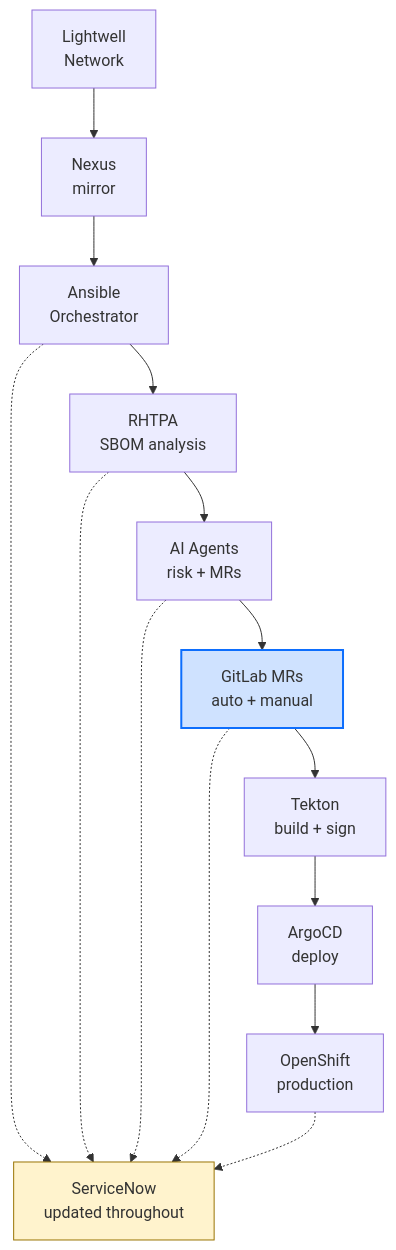
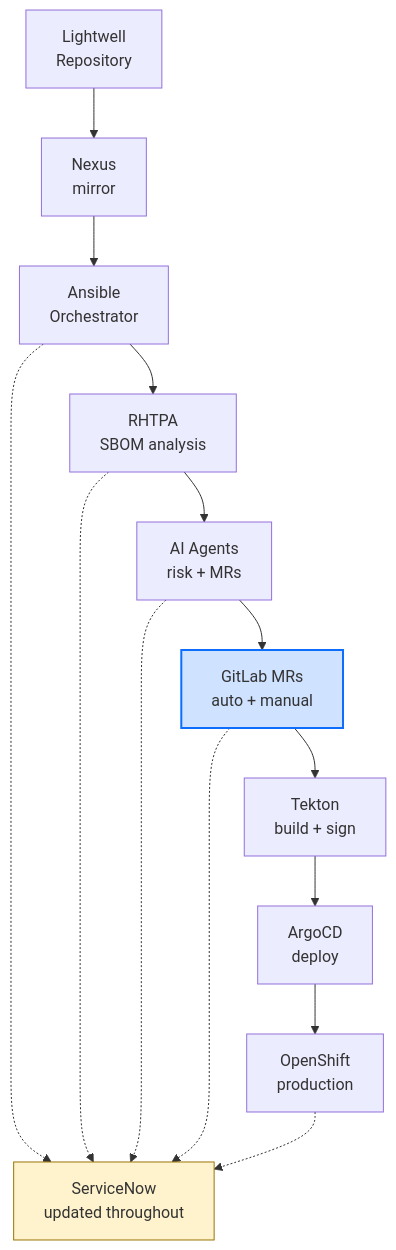
Before and after one commit to rhpds/lightwell-workshop: the third of 3 diagrams in content/modules/ROOT/pages/module-00-concepts.adoc, drawn with Mermaid. The commit also changed other lines of this file and 3 other files, not shown here.

First line of the commit message:
docs: remove Lightwell Network/Clearinghouse product tiers from content

```diff
--- a/content/modules/ROOT/pages/module-00-concepts.adoc
+++ b/content/modules/ROOT/pages/module-00-concepts.adoc
@@ -133,22 +128,22 @@
 [mermaid, role=expand]
 ----
 flowchart TB
-  LW["Lightwell<br/>Network"]
+  LW["Lightwell<br/>Repository"]
   NX["Nexus<br/>mirror"]
   AO["Ansible<br/>Orchestrator"]
   TPA["RHTPA<br/>SBOM analysis"]
   AI["AI Agents<br/>risk + MRs"]
   MR["GitLab MRs<br/>auto + manual"]
   TK["Tekton<br/>build + sign"]
   AC["ArgoCD<br/>deploy"]
   OS["OpenShift<br/>production"]
   SN["ServiceNow<br/>updated throughout"]
   LW --> NX --> AO --> TPA --> AI --> MR --> TK --> AC --> OS
   AO -.-> SN
   TPA -.-> SN
   AI -.-> SN
   MR -.-> SN
   OS -.-> SN
   style MR fill:#cfe2ff,stroke:#0d6efd,stroke-width:2px
   style SN fill:#fff3cd,stroke:#997404
 ----
```
